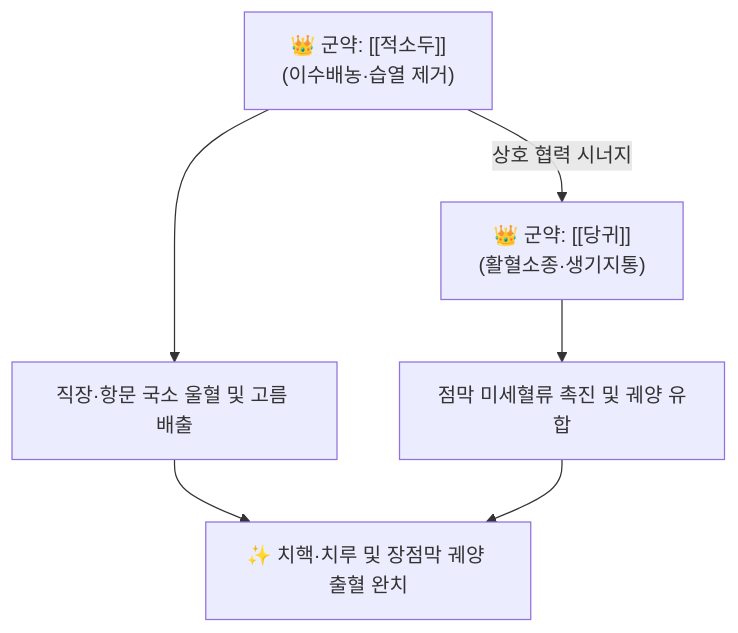
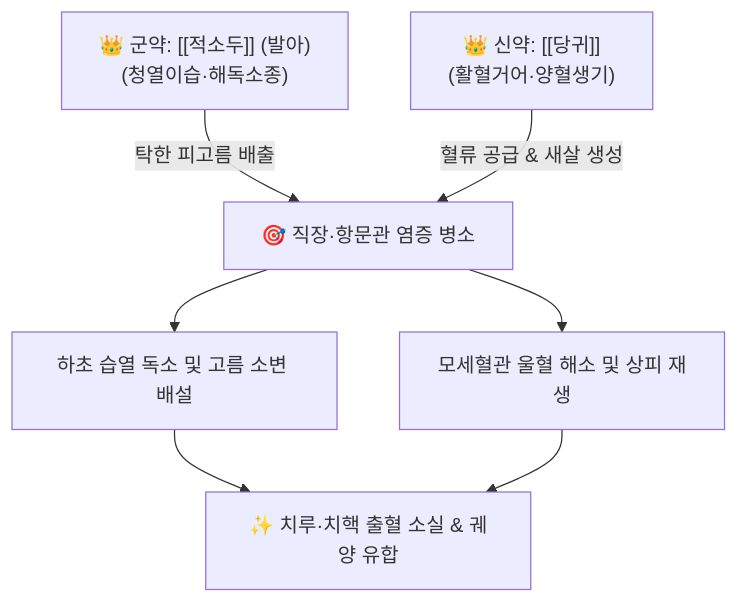
Before and after one commit to simbio11/simbio-digital-garden2: the diagram in content/2. 약리 공부/처방/05_활혈거어·지혈제/적소두당귀산.md, drawn with Mermaid. The commit also changed other lines of this file and 248 other files, not shown here.

````diff
--- a/content/2. 약리 공부/처방/05_활혈거어·지혈제/적소두당귀산.md
+++ b/content/2. 약리 공부/처방/05_활혈거어·지혈제/적소두당귀산.md
@@ -35,8 +56,9 @@
 ```mermaid
 graph TD
-    Gun1["👑 군약: [[적소두]]<br>(이수배농·습열 제거)"] -->|상호 협력 시너지| Gun2["👑 군약: [[당귀]]<br>(활혈소종·생기지통)"]
-    Gun1 --> Action1["직장·항문 국소 울혈 및 고름 배출"]
-    Gun2 --> Action2["점막 미세혈류 촉진 및 궤양 유합"]
-    Action1 --> Outcome["✨ 치핵·치루 및 장점막 궤양 출혈 완치"]
+    A["👑 군약: [[적소두]] (발아)<br>(청열이습·해독소종)"] -->|탁한 피고름 배출| E["🎯 직장·항문관 염증 병소"]
+    B["👑 신약: [[당귀]]<br>(활혈거어·양혈생기)"] -->|혈류 공급 & 새살 생성| E
+    E --> Action1["하초 습열 독소 및 고름 소변 배설"]
+    E --> Action2["모세혈관 울혈 해소 및 상피 재생"]
+    Action1 --> Outcome["✨ 치루·치핵 출혈 소실 & 궤양 유합"]
     Action2 --> Outcome
 ```
````
